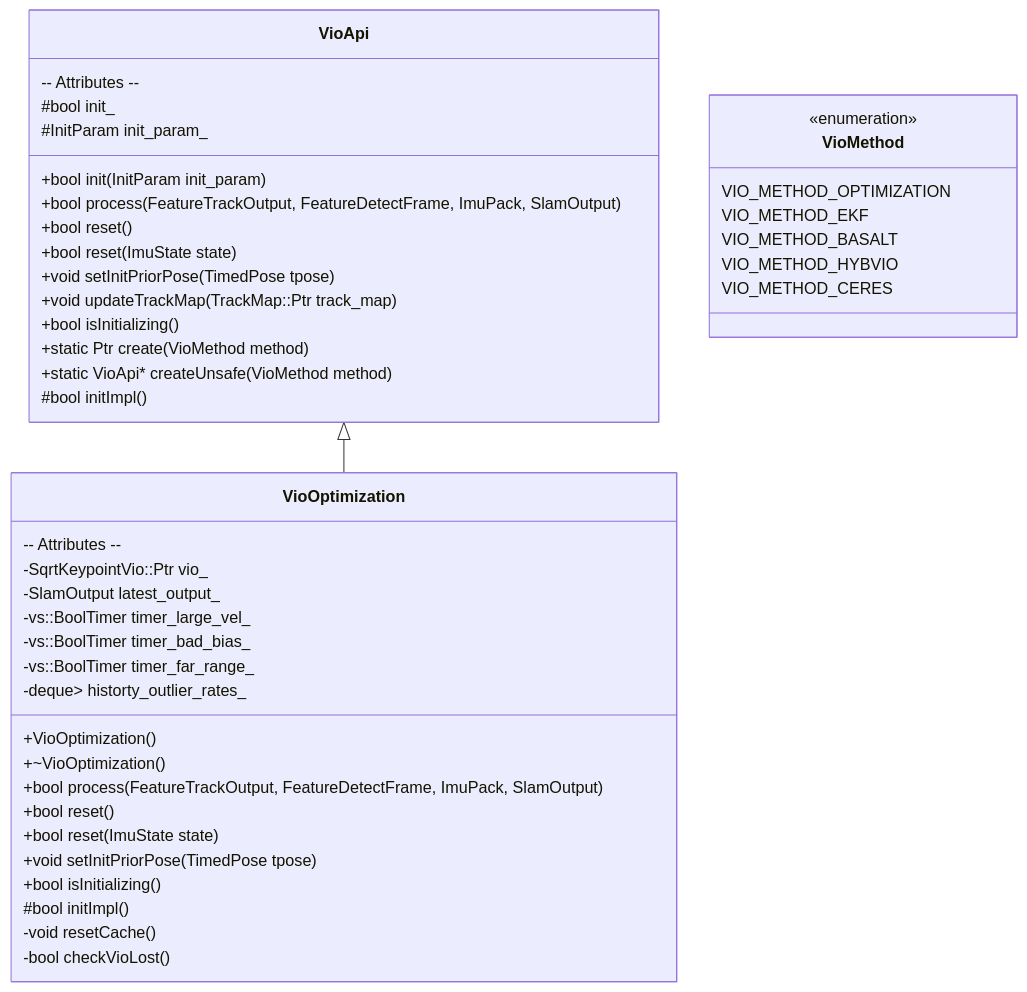
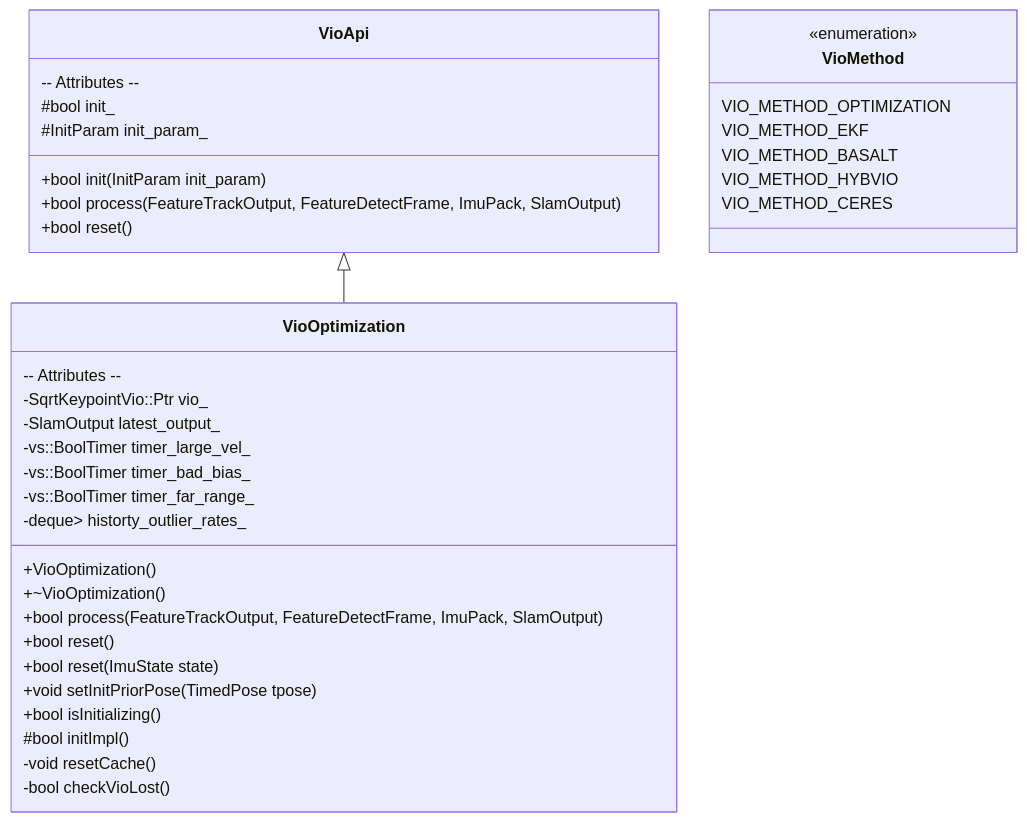
Before and after one commit to huzixuan1/iodraw-files: the diagram in all/未命名-2.md, drawn with Mermaid.

Commit message:
2025-04-16 20:45:24 update

````diff
--- a/all/未命名-2.md
+++ b/all/未命名-2.md
@@ -1,52 +1,46 @@
 ```mermaid
 classDiagram
 %% 命名空间 xr
 
 class VioApi {
   +bool init(InitParam init_param)
   +bool process(FeatureTrackOutput, FeatureDetectFrame, ImuPack, SlamOutput)
   +bool reset()
-  +bool reset(ImuState state)
-  +void setInitPriorPose(TimedPose tpose)
-  +void updateTrackMap(TrackMap::Ptr track_map)
-  +bool isInitializing()
-  +static Ptr create(VioMethod method)
-  +static VioApi* createUnsafe(VioMethod method)
-  #bool initImpl()
+
   -- Attributes --
   #bool init_
   #InitParam init_param_
 }
 
 class VioOptimization {
   +VioOptimization()
   +~VioOptimization()
   +bool process(FeatureTrackOutput, FeatureDetectFrame, ImuPack, SlamOutput)
   +bool reset()
   +bool reset(ImuState state)
   +void setInitPriorPose(TimedPose tpose)
   +bool isInitializing()
   #bool initImpl()
   -- Attributes --
   -SqrtKeypointVio::Ptr vio_
   -SlamOutput latest_output_
   -vs::BoolTimer timer_large_vel_
   -vs::BoolTimer timer_bad_bias_
   -vs::BoolTimer timer_far_range_
   -deque<pair<Tsec, float>> historty_outlier_rates_
   -void resetCache()
   -bool checkVioLost()
 }
 
 class VioMethod {
   <<enumeration>>
   VIO_METHOD_OPTIMIZATION
   VIO_METHOD_EKF
   VIO_METHOD_BASALT
   VIO_METHOD_HYBVIO
   VIO_METHOD_CERES
 }
 
 VioApi <|-- VioOptimization
 
 ```
````
